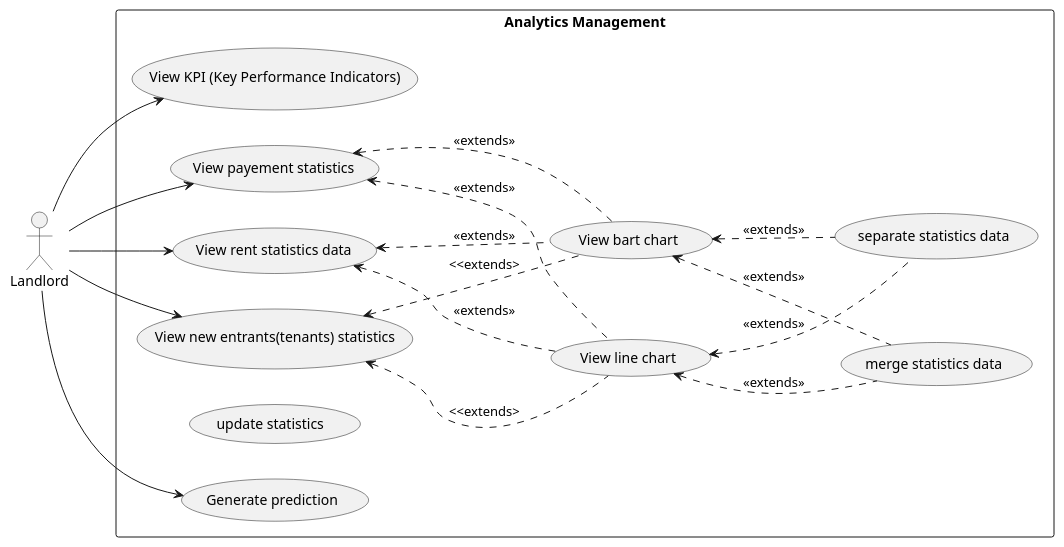
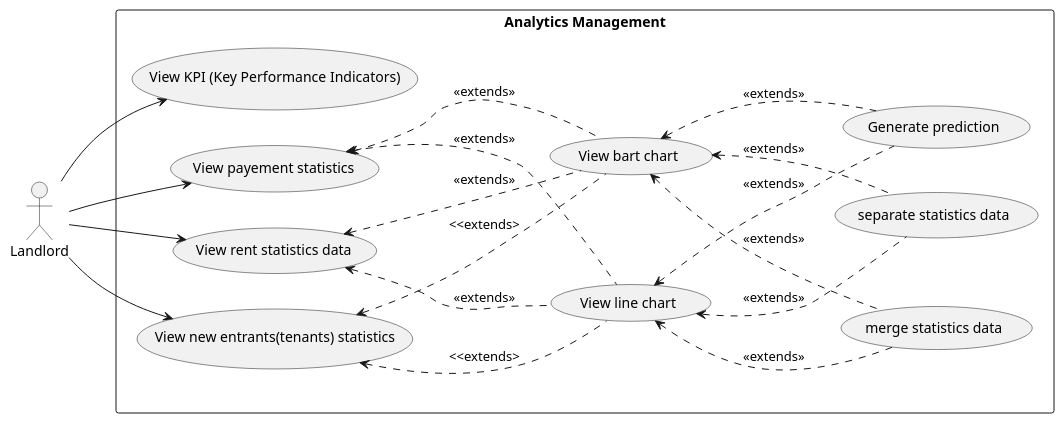
One commit to SprigganTwelve/immo-flow changed the diagram in architecture/analytics/usecase.puml. Above: the diagram before and after it, drawn with PlantUML. The commit also changed 4 other files, not shown here.

Commit message:
updating  rent/usecase and class (uml) (modifying  relation and adding commit)

```diff
--- a/architecture/analytics/usecase.puml
+++ b/architecture/analytics/usecase.puml
@@ -1,65 +1,65 @@
 @startuml 
 
 left to right direction
 
 actor Landlord
 
 
 rectangle "Analytics Management"{
     usecase "View KPI (Key Performance Indicators)" as USG
     ( View payement statistics) as US1
 
     'number of rent made per day along the 30 past days
     ( View rent statistics data) as US2
     usecase "View new entrants(tenants) statistics" as US3
 
     ( View line chart ) as US4
     ( View bart chart ) as US5
     ' ( View  pie chart ) as US6
 
     ' ( Clear chart ) as US7
     
     ( merge statistics data ) as US8
     ( separate statistics data ) as US9
-    ( update statistics  )  as  US10
+    ' ( update statistics  )  as  US10
     ( Generate prediction ) as US11
 }
 
 
 
 Landlord --> USG
 Landlord --> US1
 Landlord --> US2
 Landlord --> US3
-Landlord --> US11
 
 
 'payement
 
 US1 <.down. US4 : <<extends>>
 US1 <.. US5 : <<extends>>
 
 'rent
 
 US2 <.down. US4    :<<extends>>
 US2 <.down. US5    :<<extends>>
 
 
 'new tenants
 
 US3 <.. US4 : <<extends>
 US3 <.. US5 : <<extends>
 
 'line charts options
 
 US4 <.. US8: <<extends>>
 US4 <.. US9: <<extends>>
-' US4 <.. US10: <<extends>>
+US4 <.. US11: <<extends>>
 
 
+US5 <.. US11: <<extends>>
 US5 <.. US8: <<extends>>
 US5 <.. US9: <<extends>>
 ' US5 <.. US10: <<extends>>
 
 
 @enduml
```
